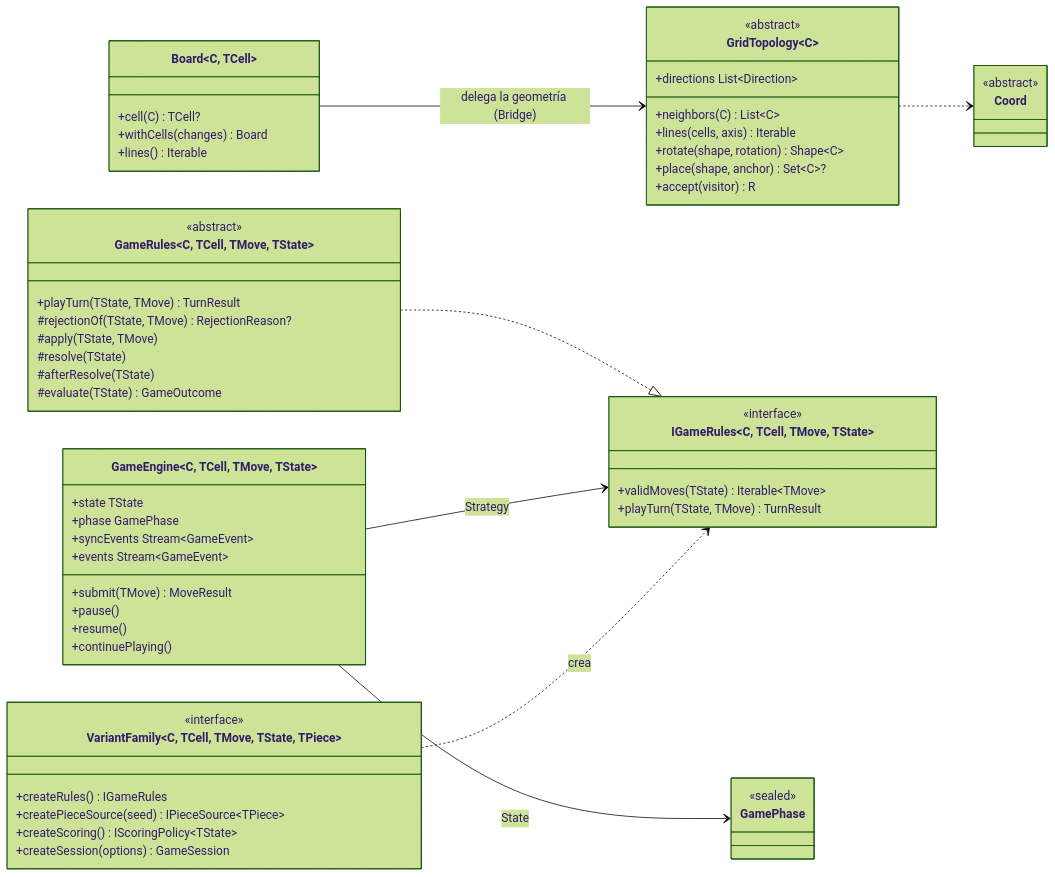
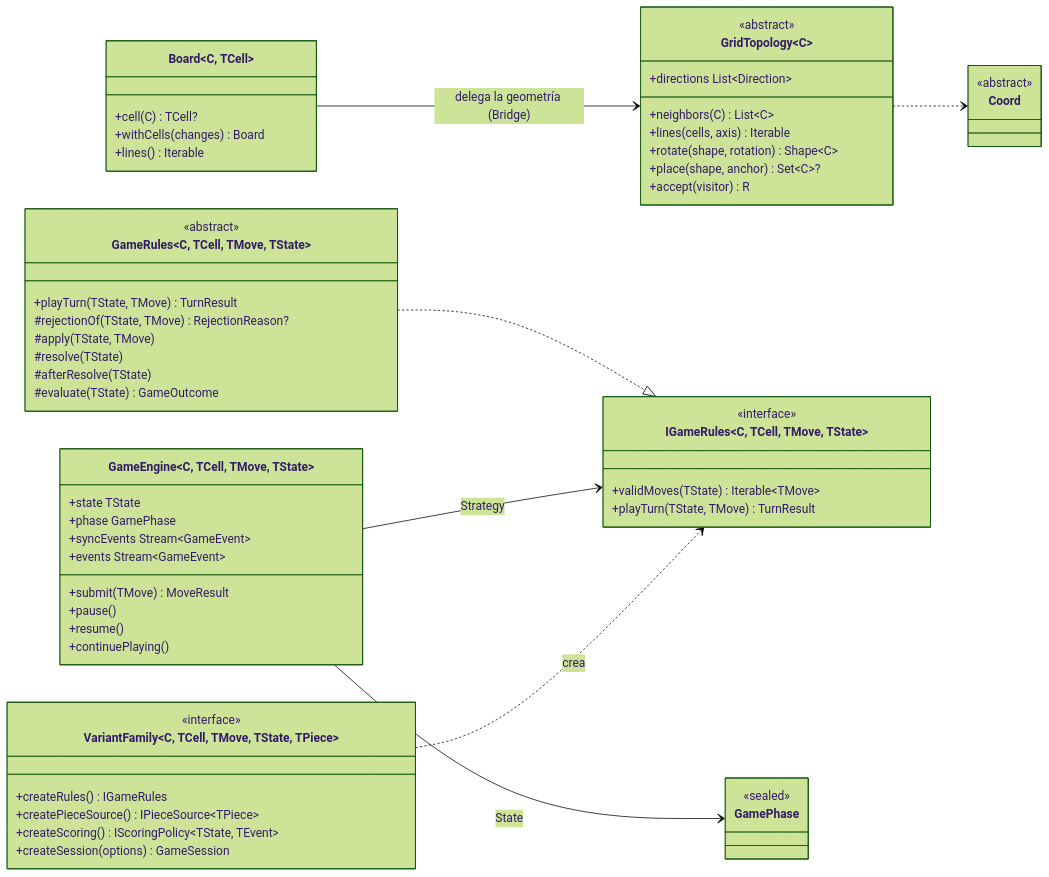
The first of 2 diagrams in docs/architecture/ARQ-02-MOTOR.md (DanielHaro28/hexablock-app), drawn with Mermaid (forest theme) before and after one commit. The commit also changed other lines of this file and 9 other files, not shown here.

````diff
--- a/docs/architecture/ARQ-02-MOTOR.md
+++ b/docs/architecture/ARQ-02-MOTOR.md
@@ -58,61 +59,61 @@
 ```mermaid
 classDiagram
     direction LR
     class Coord {
       <<abstract>>
     }
     class GridTopology~C~ {
       <<abstract>>
       +neighbors(C) List~C~
       +lines(cells, axis) Iterable
       +directions List~Direction~
       +rotate(shape, rotation) Shape~C~
       +place(shape, anchor) Set~C~?
       +accept(visitor) R
     }
     class Board~C, TCell~ {
       +cell(C) TCell?
       +withCells(changes) Board
       +lines() Iterable
     }
     class IGameRules~C, TCell, TMove, TState~ {
       <<interface>>
       +validMoves(TState) Iterable~TMove~
       +playTurn(TState, TMove) TurnResult
     }
     class GameRules~C, TCell, TMove, TState~ {
       <<abstract>>
       +playTurn(TState, TMove) TurnResult
       #rejectionOf(TState, TMove) RejectionReason?
       #apply(TState, TMove)
       #resolve(TState)
       #afterResolve(TState)
       #evaluate(TState) GameOutcome
     }
     class GameEngine~C, TCell, TMove, TState~ {
       +state TState
       +phase GamePhase
       +syncEvents Stream~GameEvent~
       +events Stream~GameEvent~
       +submit(TMove) MoveResult
       +pause()
       +resume()
       +continuePlaying()
     }
     class GamePhase {
       <<sealed>>
     }
     class VariantFamily~C, TCell, TMove, TState, TPiece~ {
       <<interface>>
       +createRules() IGameRules
-      +createPieceSource(seed) IPieceSource~TPiece~
-      +createScoring() IScoringPolicy~TState~
+      +createPieceSource() IPieceSource~TPiece~
+      +createScoring() IScoringPolicy~TState, TEvent~
       +createSession(options) GameSession
     }
     Board --> GridTopology : delega la geometría (Bridge)
     GridTopology ..> Coord
     GameRules ..|> IGameRules
     GameEngine --> IGameRules : Strategy
     GameEngine --> GamePhase : State
     VariantFamily ..> IGameRules : crea
 ```
````
